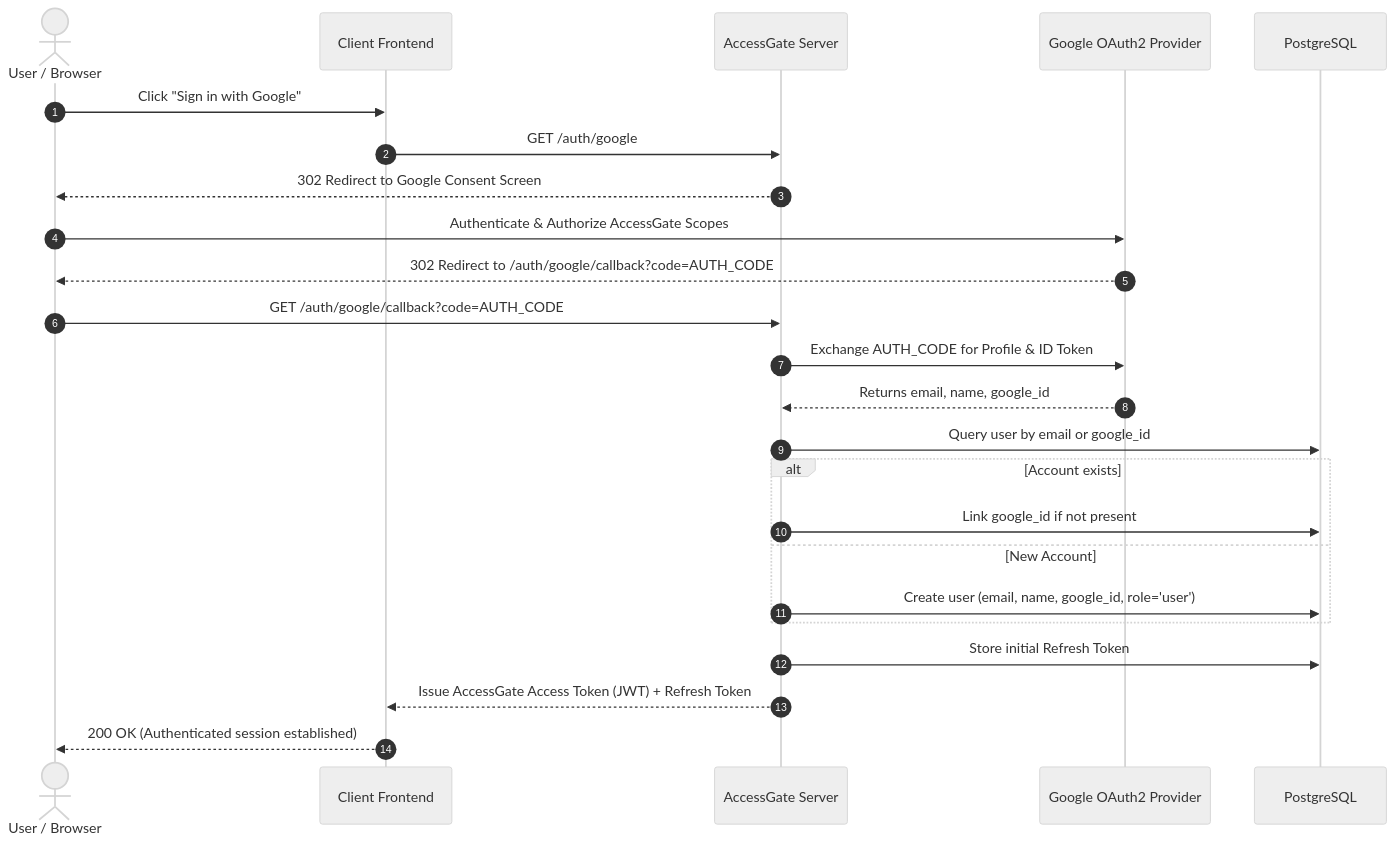
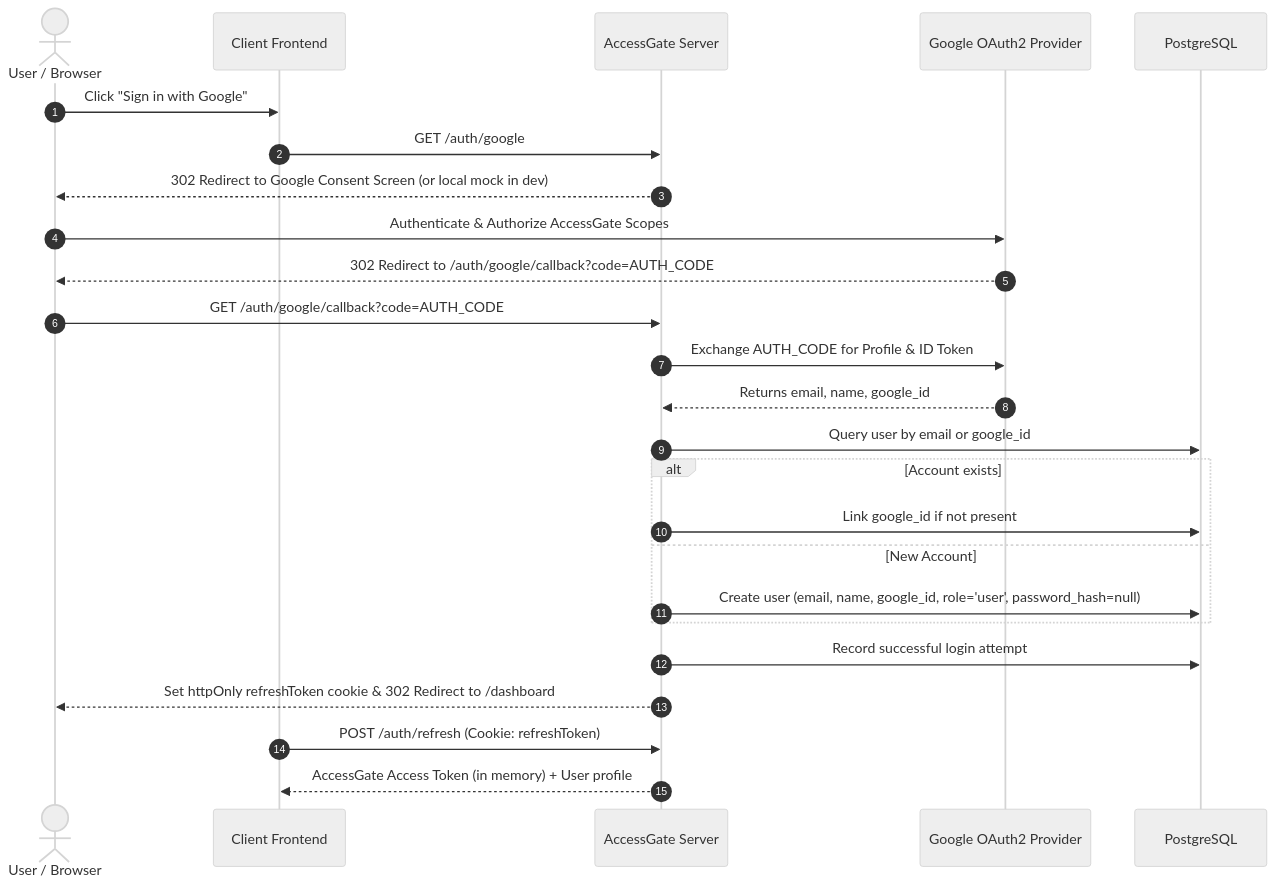
One commit to prashanttelore/AccessGate changed the third of 3 diagrams in README.md. Above: the diagram before and after it, drawn with Mermaid (neutral theme). The commit also changed other lines of this file and 11 other files, not shown here.

Commit message:
feat: implement Google OAuth2 login flow, account linking, and cookie-based session management

````diff
--- a/README.md
+++ b/README.md
@@ -126,27 +128,28 @@
 ```mermaid
 sequenceDiagram
     autonumber
     actor User as User / Browser
     participant App as Client Frontend
     participant AG as AccessGate Server
     participant Google as Google OAuth2 Provider
     participant DB as PostgreSQL
 
     User->>App: Click "Sign in with Google"
     App->>AG: GET /auth/google
-    AG-->>User: 302 Redirect to Google Consent Screen
+    AG-->>User: 302 Redirect to Google Consent Screen (or local mock in dev)
     User->>Google: Authenticate & Authorize AccessGate Scopes
     Google-->>User: 302 Redirect to /auth/google/callback?code=AUTH_CODE
     User->>AG: GET /auth/google/callback?code=AUTH_CODE
     AG->>Google: Exchange AUTH_CODE for Profile & ID Token
     Google-->>AG: Returns email, name, google_id
     AG->>DB: Query user by email or google_id
     alt Account exists
         AG->>DB: Link google_id if not present
     else New Account
-        AG->>DB: Create user (email, name, google_id, role='user')
+        AG->>DB: Create user (email, name, google_id, role='user', password_hash=null)
     end
-    AG->>DB: Store initial Refresh Token
-    AG-->>App: Issue AccessGate Access Token (JWT) + Refresh Token
-    App-->>User: 200 OK (Authenticated session established)
+    AG->>DB: Record successful login attempt
+    AG-->>User: Set httpOnly refreshToken cookie & 302 Redirect to /dashboard
+    App->>AG: POST /auth/refresh (Cookie: refreshToken)
+    AG-->>App: AccessGate Access Token (in memory) + User profile
 ```
````
